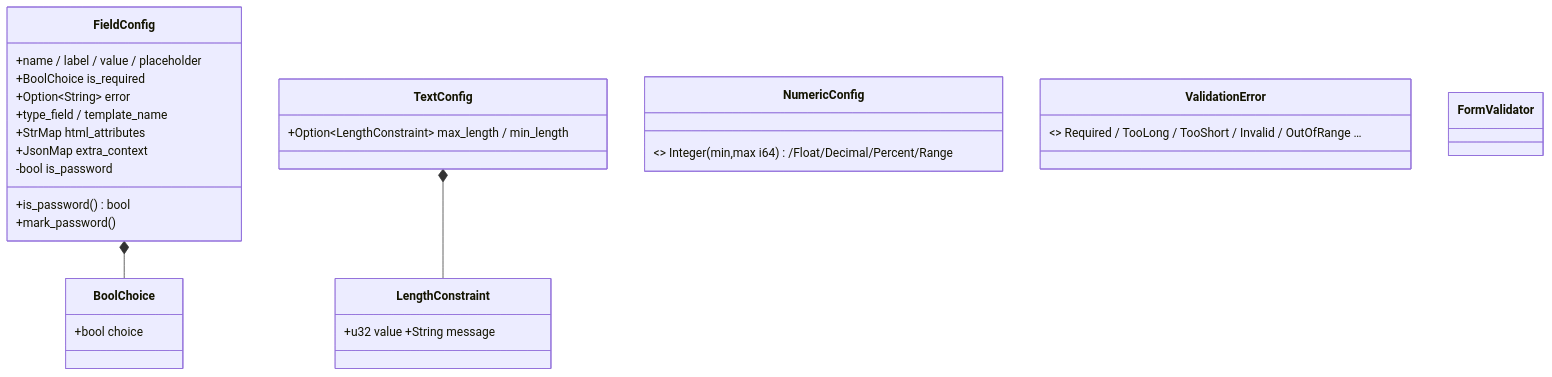
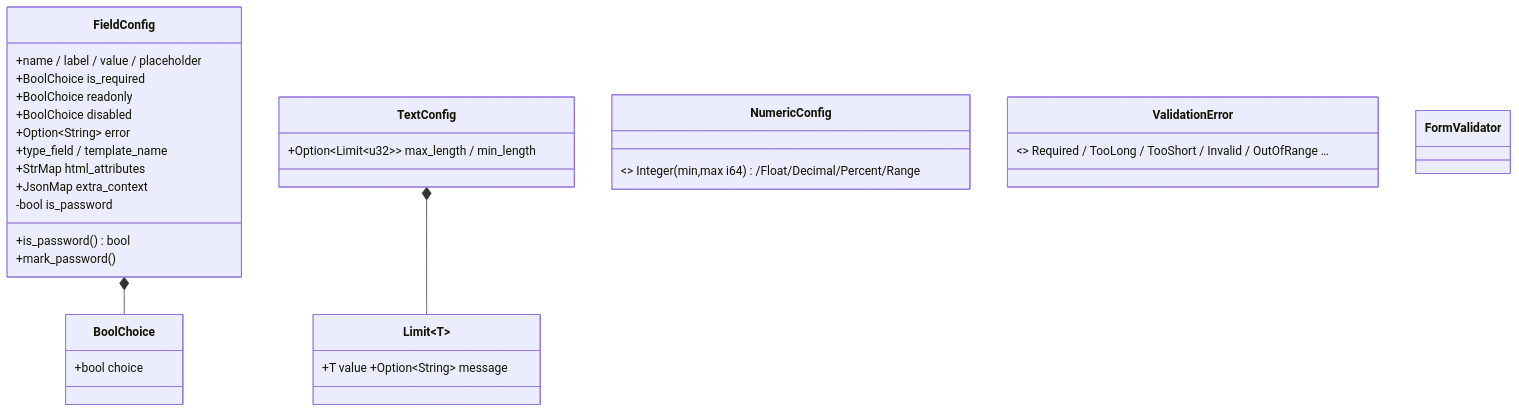
The second of 2 diagrams in diagramme/uml/forms/fields-complets.md (seb-alliot/runique), drawn with Mermaid before and after one commit. The commit also changed other lines of this file and 145 other files, not shown here.

````diff
--- a/diagramme/uml/forms/fields-complets.md
+++ b/diagramme/uml/forms/fields-complets.md
@@ -95,24 +95,26 @@
 ```mermaid
 classDiagram
     class FieldConfig {
         +name / label / value / placeholder
         +BoolChoice is_required
+        +BoolChoice readonly
+        +BoolChoice disabled
         +Option~String~ error
         +type_field / template_name
         +StrMap html_attributes
         +JsonMap extra_context
         -bool is_password
         +is_password() bool
         +mark_password()
     }
-    class LengthConstraint { +u32 value +String message }
+    class Limit~T~ { +T value +Option~String~ message }
     class BoolChoice { +bool choice }
-    class TextConfig { +Option~LengthConstraint~ max_length / min_length }
+    class TextConfig { +Option~Limit~u32~~ max_length / min_length }
     class NumericConfig { <<enum>> Integer(min,max i64)/Float/Decimal/Percent/Range }
     class ValidationError {
         <<enum>> Required / TooLong / TooShort / Invalid / OutOfRange …
     }
     class FormValidator
     FieldConfig *-- BoolChoice
-    TextConfig *-- LengthConstraint
+    TextConfig *-- Limit
 ```
````
